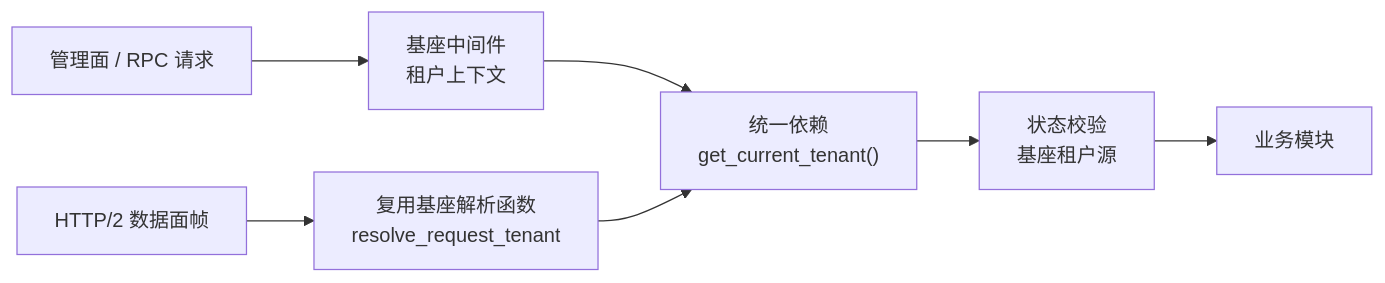
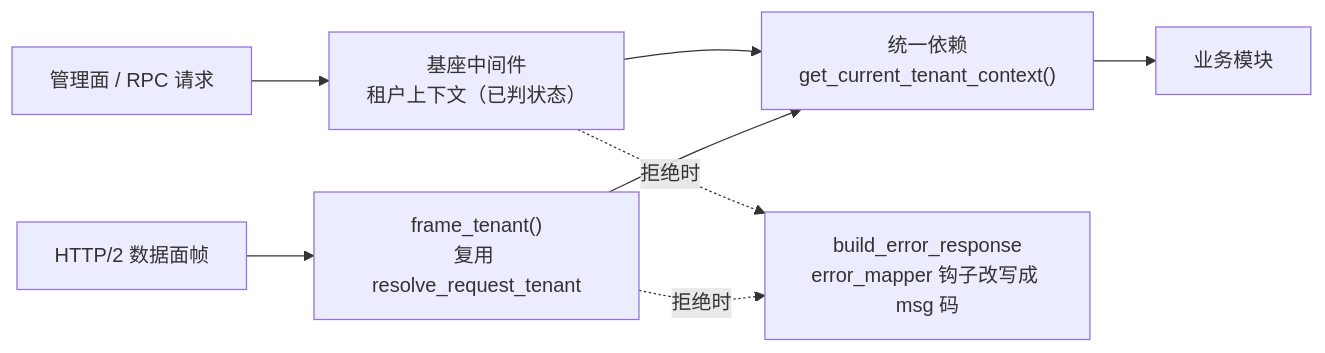
Before and after one commit to minjian123/message-platform: the diagram in msg文档/项目/08B_消息平台/任务/01_消息模型与投递/01_消息模型与投递_01_主题与分区模型/01_消息模型与投递_01_主题与分区模型_01_租户接入/设计/01_详细设计_01_租户接入.md, drawn with Mermaid. The commit also changed other lines of this file and 8 other files, not shown here.

````diff
--- a/msg文档/项目/08B_消息平台/任务/01_消息模型与投递/01_消息模型与投递_01_主题与分区模型/01_消息模型与投递_01_主题与分区模型_01_租户接入/设计/01_详细设计_01_租户接入.md
+++ b/msg文档/项目/08B_消息平台/任务/01_消息模型与投递/01_消息模型与投递_01_主题与分区模型/01_消息模型与投递_01_主题与分区模型_01_租户接入/设计/01_详细设计_01_租户接入.md
@@ -33,9 +33,10 @@
 ```mermaid
 flowchart LR
-    A["管理面 / RPC 请求"] --> B["基座中间件<br/>租户上下文"]
-    C["HTTP/2 数据面帧"] --> D["复用基座解析函数<br/>resolve_request_tenant"]
-    B --> E["统一依赖<br/>get_current_tenant()"]
+    A["管理面 / RPC 请求"] --> B["基座中间件<br/>租户上下文（已判状态）"]
+    C["HTTP/2 数据面帧"] --> D["frame_tenant()<br/>复用 resolve_request_tenant"]
+    B --> E["统一依赖<br/>get_current_tenant_context()"]
     D --> E
-    E --> F["状态校验<br/>基座租户源"]
-    F --> G["业务模块"]
+    E --> G["业务模块"]
+    B -.拒绝时.-> H["build_error_response<br/>error_mapper 钩子改写成 msg 码"]
+    D -.拒绝时.-> H
 ```
````
